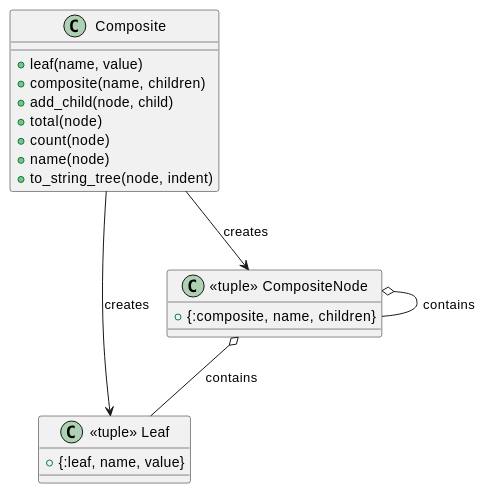
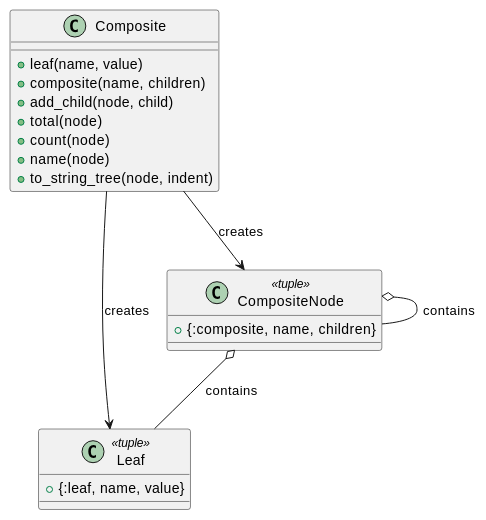
One commit to k2works/getting-started-design-pattern changed the diagram in docs/article/elixir/07-composite.md. Above: the diagram before and after it, drawn with PlantUML. The commit also changed 73 other files, not shown here.

Commit message:
docs(article): PlantUML 表記と記事ナビゲーションを整理

````diff
--- a/docs/article/elixir/07-composite.md
+++ b/docs/article/elixir/07-composite.md
@@ -9,26 +9,26 @@
 ```plantuml
 @startuml
 class "Composite" as C {
   + leaf(name, value)
   + composite(name, children)
   + add_child(node, child)
   + total(node)
   + count(node)
   + name(node)
   + to_string_tree(node, indent)
 }
 
-class "<<tuple>> Leaf" as L {
+class "Leaf" as L <<tuple>> {
   + {:leaf, name, value}
 }
 
-class "<<tuple>> CompositeNode" as CN {
+class "CompositeNode" as CN <<tuple>> {
   + {:composite, name, children}
 }
 
 C --> L : creates
 C --> CN : creates
 CN o-- L : contains
 CN o-- CN : contains
 @enduml
 ```
````
